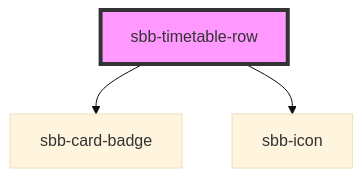
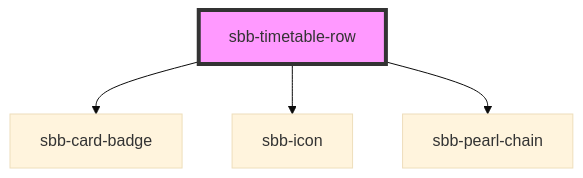
The diagram in src/components/sbb-timetable-row/readme.md (sbb-design-systems/lyne-components), drawn with Mermaid (base theme) before and after one commit. The commit also changed other lines of this file and 12 other files, not shown here.

````diff
--- a/src/components/sbb-timetable-row/readme.md
+++ b/src/components/sbb-timetable-row/readme.md
@@ -23,6 +25,7 @@
 ```mermaid
 graph TD;
   sbb-timetable-row --> sbb-card-badge
   sbb-timetable-row --> sbb-icon
+  sbb-timetable-row --> sbb-pearl-chain
   style sbb-timetable-row fill:#f9f,stroke:#333,stroke-width:4px
 ```
````
